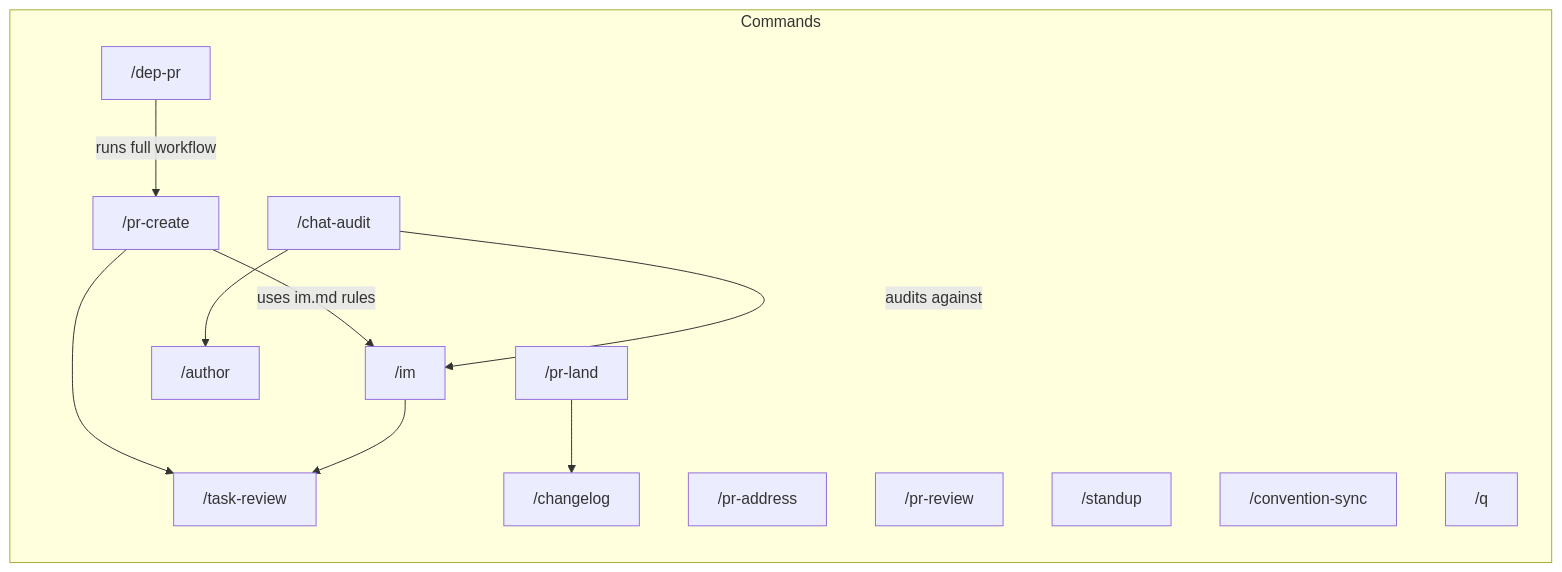
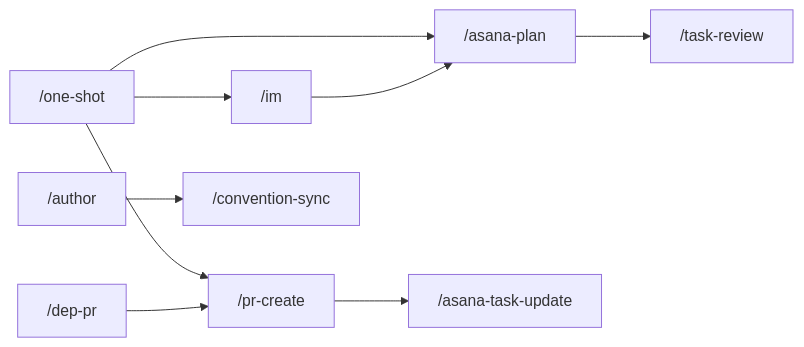
The first of 2 diagrams in .cursor/README.md (EdgeApp/edge-conventions), drawn with Mermaid before and after one commit. The commit also changed other lines of this file and 1 other file, not shown here.

Commit message:
Add one-shot orchestrator and refresh docs

````diff
--- a/.cursor/README.md
+++ b/.cursor/README.md
@@ -174,25 +173,21 @@
 ```mermaid
 graph LR
-  subgraph Commands
-    pr-create["/pr-create"]
-    im["/im"]
-    dep-pr["/dep-pr"]
-    pr-land["/pr-land"]
-    pr-address["/pr-address"]
-    pr-review["/pr-review"]
-    chat-audit["/chat-audit"]
-    task-review["/task-review"]
-    standup["/standup"]
-    convention-sync["/convention-sync"]
-    changelog["/changelog"]
-    author["/author"]
-    q["/q"]
-  end
-  pr-create -->|"uses im.md rules"| im
-  pr-create --> task-review
-  im --> task-review
-  dep-pr -->|"runs full workflow"| pr-create
-  chat-audit -->|"audits against"| im
-  chat-audit --> author
-  pr-land --> changelog
+  asanaPlan["/asana-plan"]
+  taskReview["/task-review"]
+  im["/im"]
+  oneShot["/one-shot"]
+  depPr["/dep-pr"]
+  prCreate["/pr-create"]
+  asanaTaskUpdate["/asana-task-update"]
+  author["/author"]
+  conventionSync["/convention-sync"]
+
+  oneShot --> asanaPlan
+  oneShot --> im
+  oneShot --> prCreate
+  asanaPlan --> taskReview
+  im --> asanaPlan
+  depPr --> prCreate
+  prCreate --> asanaTaskUpdate
+  author --> conventionSync
 ```
````
